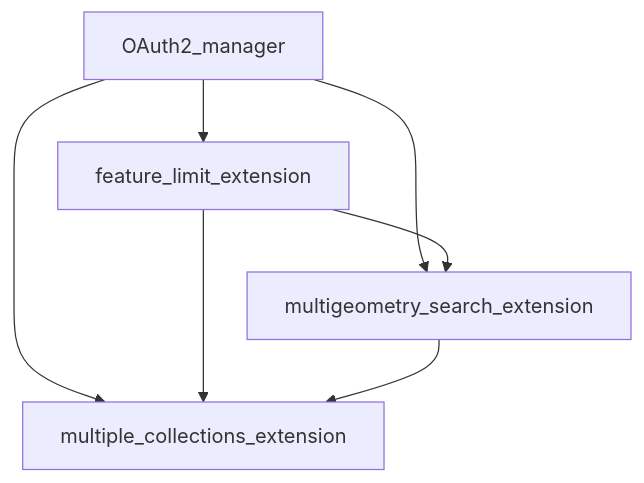
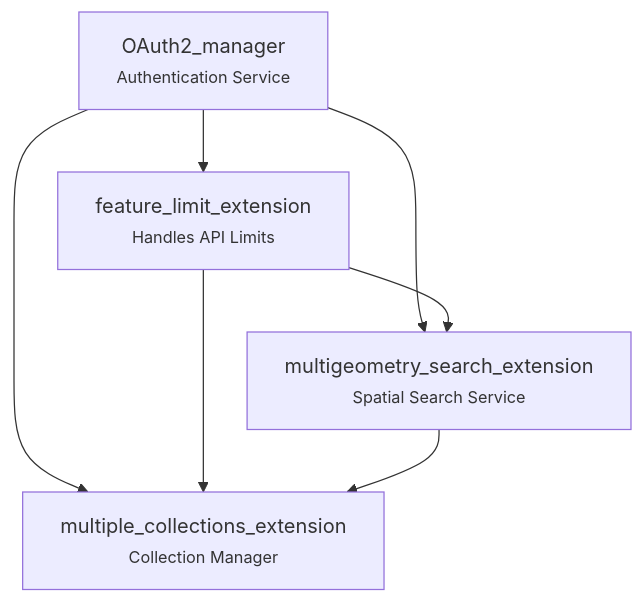
Before and after one commit to Geovation/catalyst-ngd-wrappers-python: the diagram in README.md, drawn with Mermaid.

Commit message:
adding subtitles

````diff
--- a/README.md
+++ b/README.md
@@ -13,9 +13,10 @@
 ```mermaid
 graph TD
-    A[OAuth2_manager] --> B[feature_limit_extension]
-    A --> C[multigeometry_search_extension]
-    A --> D[multiple_collections_extension]
+    A[OAuth2_manager<br><font size=2>Authentication Service</font>]
+    --> B[feature_limit_extension<br><font size=2>Handles API Limits</font>]
+    A --> C[multigeometry_search_extension<br><font size=2>Spatial Search Service</font>]
+    A --> D[multiple_collections_extension<br><font size=2>Collection Manager</font>]
     B --> C
     B --> D
     C --> D
 ```
````
